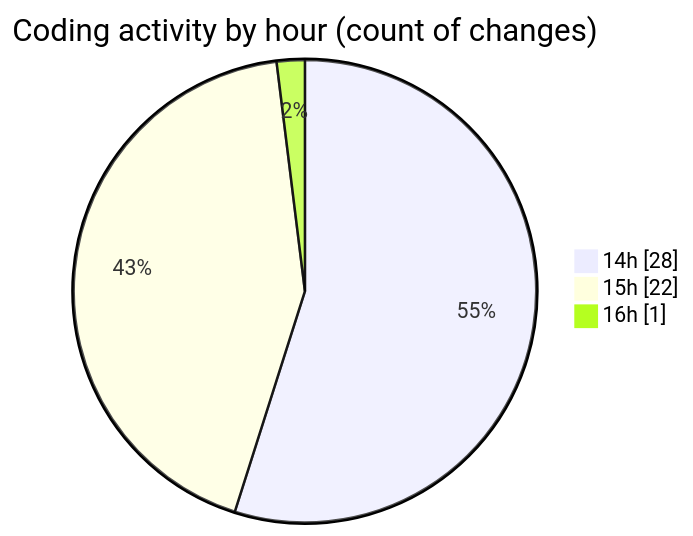
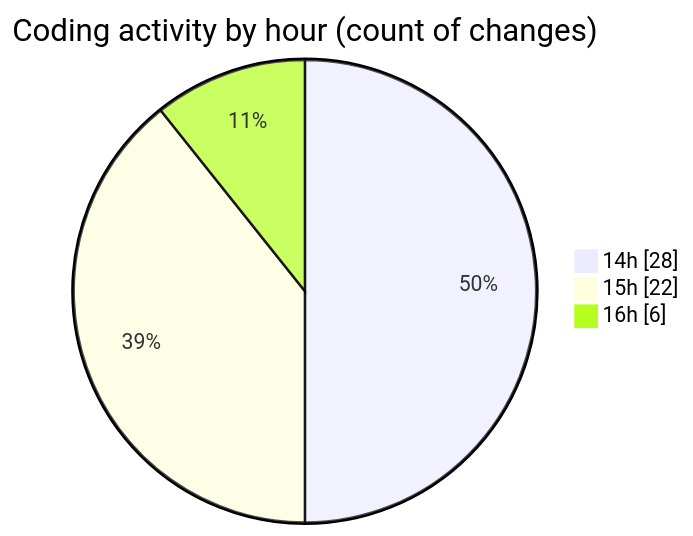
One commit to idhammustaqopulfikri/code-tracking changed the second of 2 diagrams in 2025-11-08/futsal/README.md. Above: the diagram before and after it, drawn with Mermaid. The commit also changed other lines of this file and 1 other file, not shown here.

````diff
--- a/2025-11-08/futsal/README.md
+++ b/2025-11-08/futsal/README.md
@@ -41,7 +42,7 @@
 ```mermaid
 pie showData
 title Coding activity by hour (count of changes)
 "14h" : 28
 "15h" : 22
-"16h" : 1
+"16h" : 6
 ```
````
